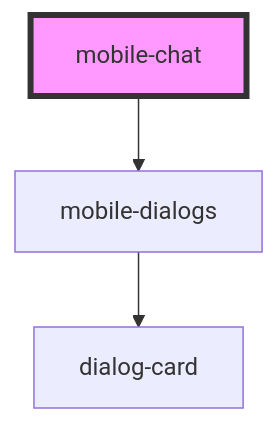
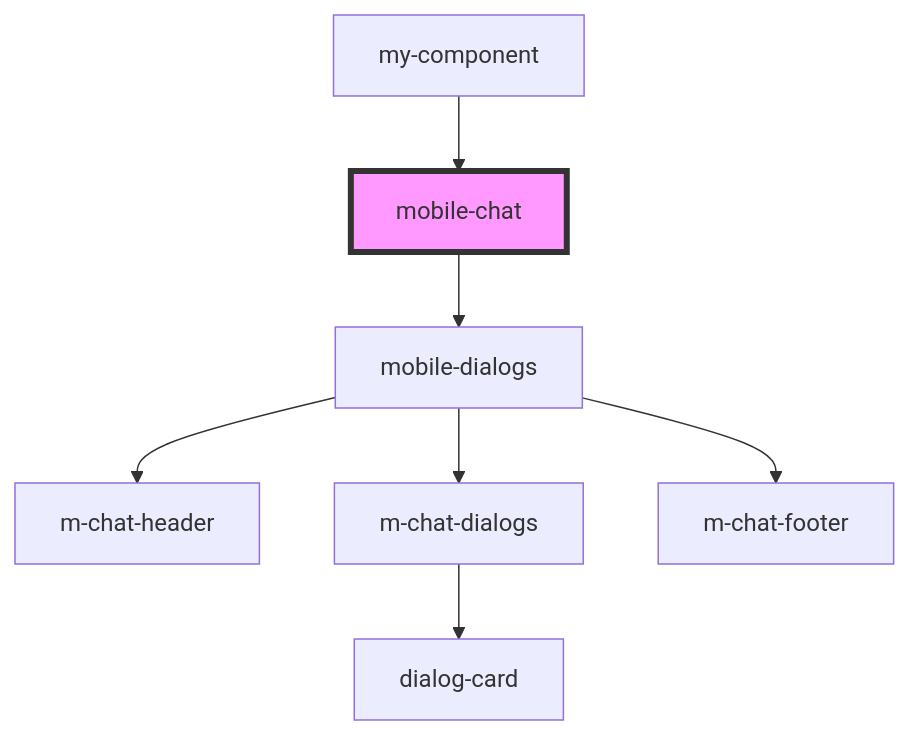
One commit to saqhan/stencil-chat changed the diagram in src/components/mobile/mobile-chat/readme.md. Above: the diagram before and after it, drawn with Mermaid. The commit also changed other lines of this file and 16 other files, not shown here.

````diff
--- a/src/components/mobile/mobile-chat/readme.md
+++ b/src/components/mobile/mobile-chat/readme.md
@@ -15,6 +19,10 @@
 ```mermaid
 graph TD;
   mobile-chat --> mobile-dialogs
-  mobile-dialogs --> dialog-card
+  mobile-dialogs --> m-chat-header
+  mobile-dialogs --> m-chat-dialogs
+  mobile-dialogs --> m-chat-footer
+  m-chat-dialogs --> dialog-card
+  my-component --> mobile-chat
   style mobile-chat fill:#f9f,stroke:#333,stroke-width:4px
 ```
````
